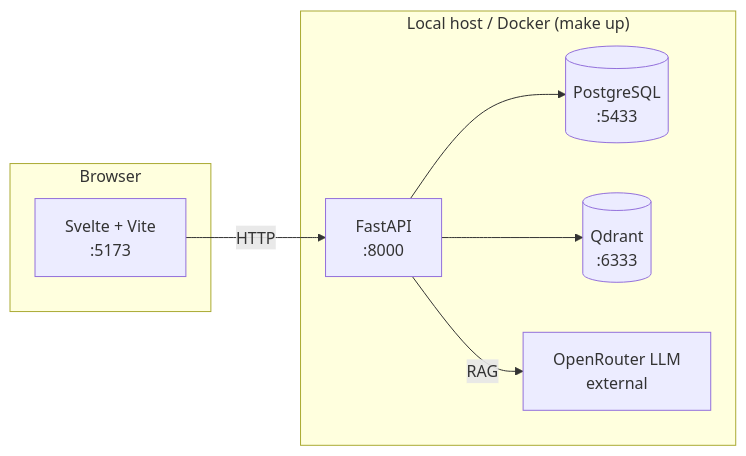
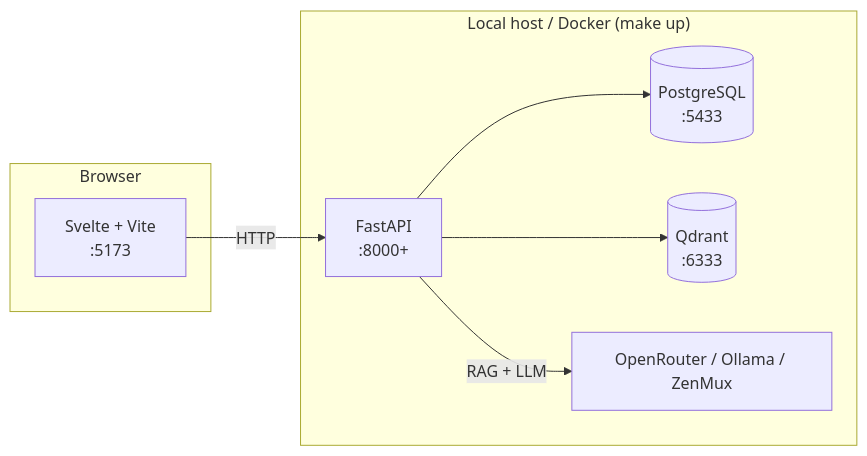
The diagram in README.md (leejianrong/qms-incub), drawn with Mermaid before and after one commit. The commit also changed other lines of this file and 12 other files, not shown here.

````diff
--- a/README.md
+++ b/README.md
@@ -32,12 +45,12 @@
 ```mermaid
 flowchart LR
     subgraph Browser
         FE[Svelte + Vite<br/>:5173]
     end
     subgraph "Local host / Docker (make up)"
-        FE -->|HTTP| BE[FastAPI<br/>:8000]
+        FE -->|HTTP| BE[FastAPI<br/>:8000+]
         BE --> PG[(PostgreSQL<br/>:5433)]
         BE --> QD[(Qdrant<br/>:6333)]
-        BE -->|RAG| OR[OpenRouter LLM<br/>external]
+        BE -->|RAG + LLM| LLM[OpenRouter / Ollama / ZenMux]
     end
 ```
````
